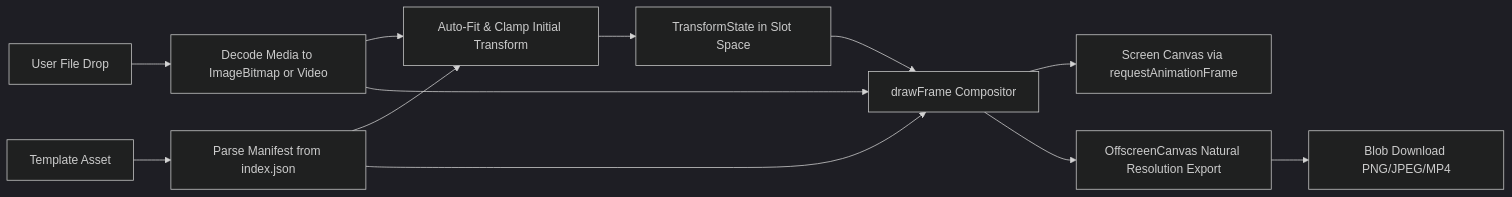
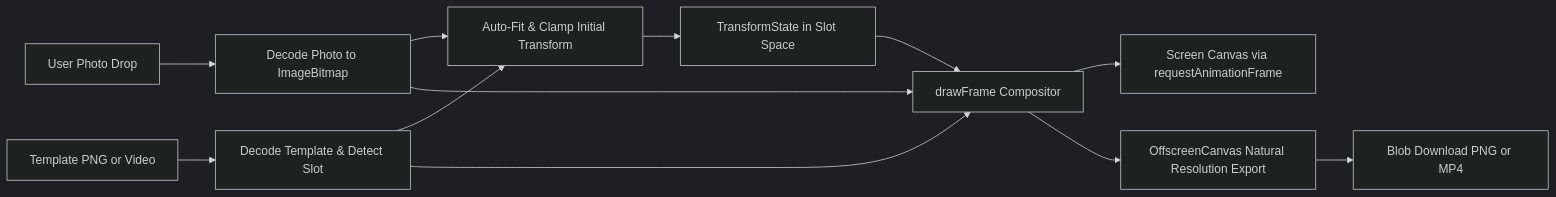
The diagram in docs/architecture.md (0xMinomus/tweakbon), drawn with Mermaid (dark theme) before and after one commit. The commit also changed other lines of this file and 32 other files, not shown here.

First line of the commit message:
feat: video templates, photo-only input, smooth plane cursor

````diff
--- a/docs/architecture.md
+++ b/docs/architecture.md
@@ -85,14 +86,14 @@
 ```mermaid
 flowchart LR
-    A[User File Drop] --> B[Decode Media to ImageBitmap or Video]
-    T[Template Asset] --> M[Parse Manifest from index.json]
-    B --> C[Auto-Fit & Clamp Initial Transform]
-    M --> C
+    P[User Photo Drop] --> BP[Decode Photo to ImageBitmap]
+    T[Template PNG or Video] --> BT[Decode Template & Detect Slot]
+    BP --> C[Auto-Fit & Clamp Initial Transform]
+    BT --> C
     C --> D[TransformState in Slot Space]
     D --> E[drawFrame Compositor]
-    M --> E
-    B --> E
+    BT --> E
+    BP --> E
     E --> F[Screen Canvas via requestAnimationFrame]
     E --> G[OffscreenCanvas Natural Resolution Export]
-    G --> H[Blob Download PNG/JPEG/MP4]
+    G --> H[Blob Download PNG or MP4]
 ```
````
